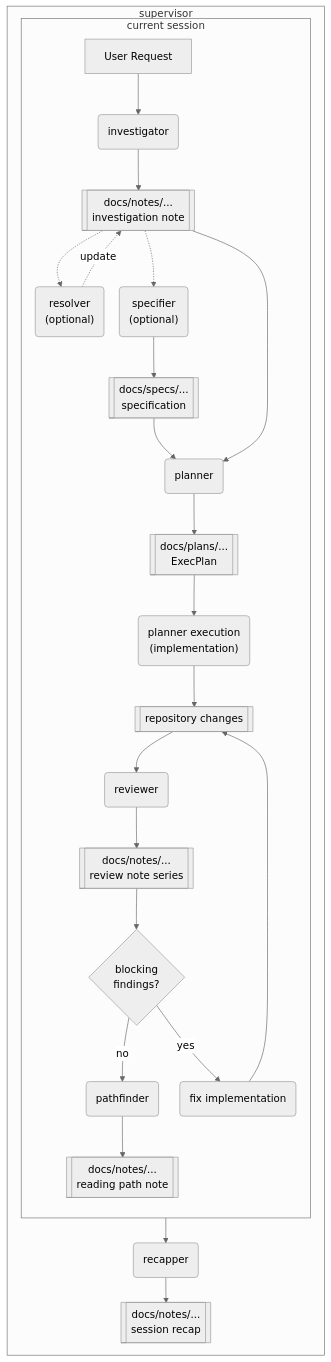
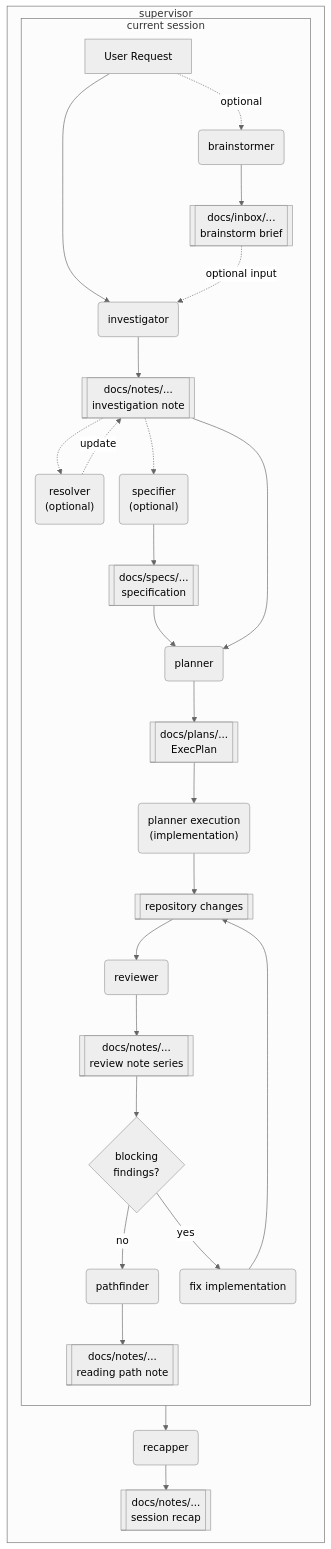
The diagram in README.md (ayatoy/skills), drawn with Mermaid (neutral theme) before and after one commit. The commit also changed other lines of this file and 3 other files, not shown here.

Commit message:
Add brainstormer skill for concept-driven inbox ideation

````diff
--- a/README.md
+++ b/README.md
@@ -24,27 +25,29 @@
 ```mermaid
 %%{init: {'flowchart': {'nodeSpacing': 24, 'rankSpacing': 14}}}%%
 flowchart TB
     subgraph S["supervisor"]
         direction TB
 
         subgraph Q["current session"]
             direction TB
 
+            A["User Request"] -. optional .-> R("brainstormer") --> T[["docs/inbox/...<br/>brainstorm brief"]]
             A["User Request"] --> B("investigator") --> C[["docs/notes/...<br/>investigation note"]]
+            T -. optional input .-> B
 
             C -.-> D("resolver<br/>(optional)")
             D -. update .-> C
 
             C -.-> E("specifier<br/>(optional)")
             E --> G[["docs/specs/...<br/>specification"]] --> F("planner")
 
             C --> F
             F --> H[["docs/plans/...<br/>ExecPlan"]] --> I("planner execution<br/>(implementation)") --> J[["repository changes"]]
 
             J --> K("reviewer") --> M[["docs/notes/...<br/>review note series"]] --> X{"blocking<br/>findings?"}
             X -- no --> L("pathfinder") --> N[["docs/notes/...<br/>reading path note"]]
             X -- yes --> Y("fix implementation") --> J
         end
         Q --> O("recapper") --> P[["docs/notes/...<br/>session recap"]]
     end
 ```
````
